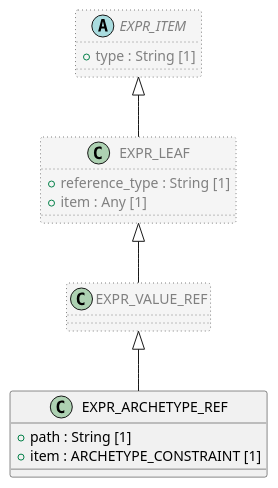
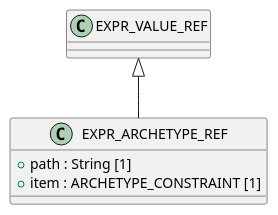
Before and after one commit to sebastian-iancu/code-generator: the diagram in code/Adoc/openehr_am_2.3.0/plantUML/classes/org.openehr.am.aom2.expr_archetype_ref.adoc, drawn with PlantUML. The commit also changed 719 other files, not shown here.

```diff
--- a/code/Adoc/openehr_am_2.3.0/plantUML/classes/org.openehr.am.aom2.expr_archetype_ref.adoc
+++ b/code/Adoc/openehr_am_2.3.0/plantUML/classes/org.openehr.am.aom2.expr_archetype_ref.adoc
@@ -1,30 +1,14 @@
 [plantuml,EXPR_ARCHETYPE_REF,format=svg,svg-type="inline"]
 -----
 @startuml
 
 class EXPR_ARCHETYPE_REF {
   + path : String [1]
   + item : ARCHETYPE_CONSTRAINT [1]
 }
 
-class EXPR_VALUE_REF  #whitesmoke;line:gray;line.dotted;text:gray {
-}
-
-class EXPR_LEAF  #whitesmoke;line:gray;line.dotted;text:gray {
-  + reference_type : String [1]
-  + item : Any [1]
-}
-
-abstract class EXPR_ITEM  #whitesmoke;line:gray;line.dotted;text:gray {
-  + type : String [1]
-}
-
-EXPR_ITEM <|-- EXPR_LEAF
-
-EXPR_LEAF <|-- EXPR_VALUE_REF
-
 EXPR_VALUE_REF <|-- EXPR_ARCHETYPE_REF
 
 
 @enduml
 -----
```
